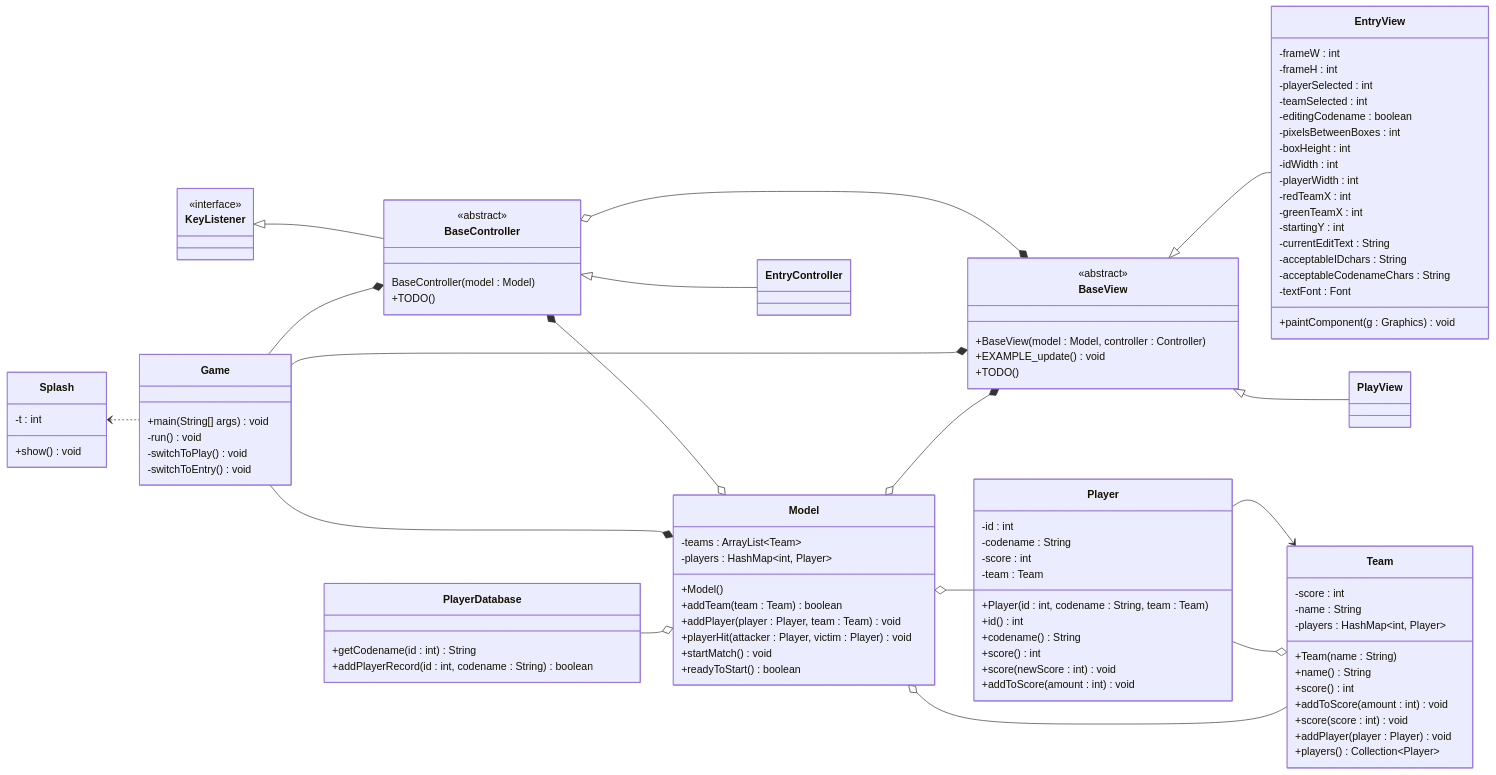
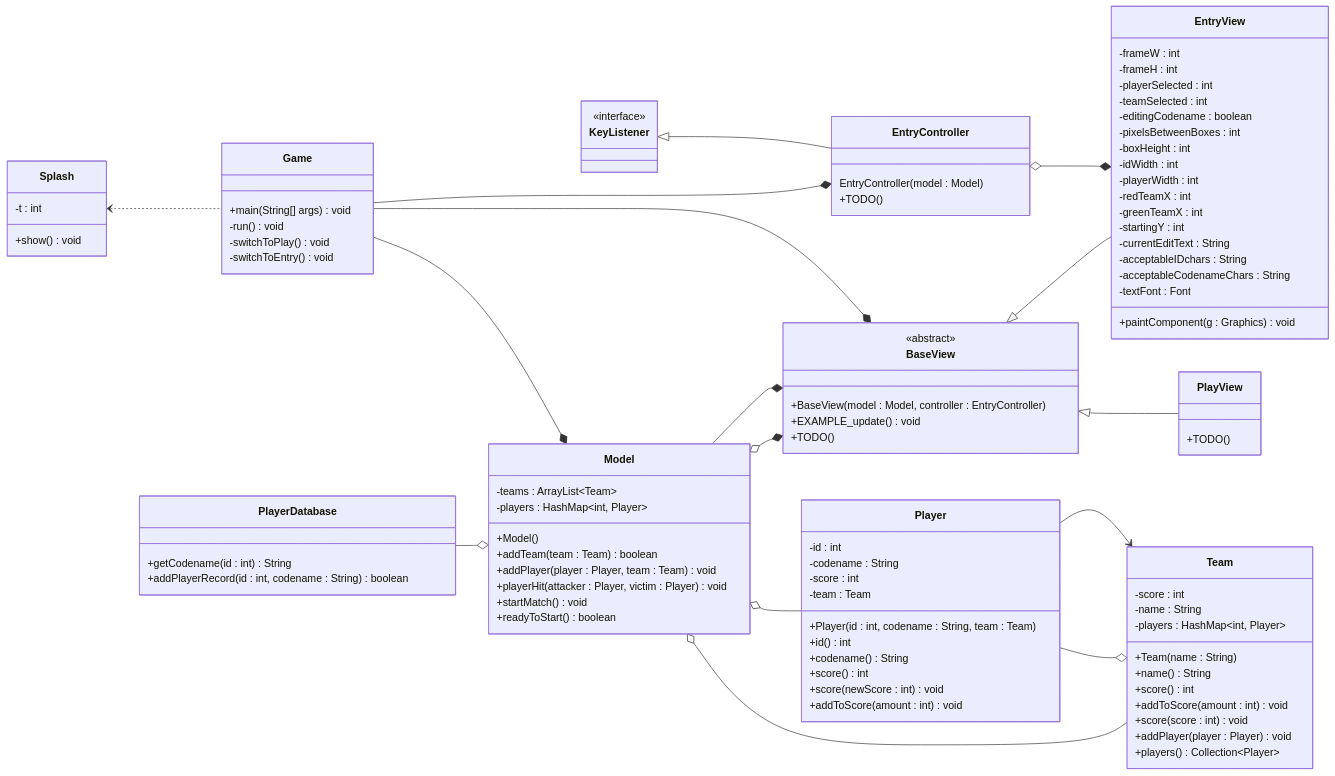
Before and after one commit to UArk-CSCE-3513-2022-Fall-Team-01/Photon: the diagram in doc/class-diagram-proposal.md, drawn with Mermaid.

Commit message:
Update diagram proposal to remove some S4 stuff

````diff
--- a/doc/class-diagram-proposal.md
+++ b/doc/class-diagram-proposal.md
@@ -5,9 +5,9 @@
 ```mermaid
 classDiagram-v2
     direction LR
-    BaseController o--* BaseView
-    BaseController *--o Model
+    EntryController o--* EntryView
     Game --* BaseView
+    Model --* BaseView
     Model o--* BaseView
     Game --* Model
     PlayerDatabase --o Model
@@ -18,8 +18,8 @@
     BaseView <|-- EntryView
     BaseView <|-- PlayView
     Splash <.. Game
-    KeyListener <|-- BaseController
-    Game --* BaseController
+    KeyListener <|-- EntryController
+    Game --* EntryController
 
     <<interface>> KeyListener
 
@@ -67,20 +67,19 @@
 
     class BaseView {
         <<abstract>>
-        +BaseView(model : Model, controller : Controller)
+        +BaseView(model : Model, controller : EntryController)
         +EXAMPLE_update() void
         +TODO()
     }
 
-    class BaseController {
-        <<abstract>>
-        BaseController(model : Model)
+    class PlayView {
         +TODO()
     }
 
     class EntryController {
+        EntryController(model : Model)
+        +TODO()
     }
-    BaseController <|-- EntryController
 
     class Game {
         +main(String[] args) void
````
